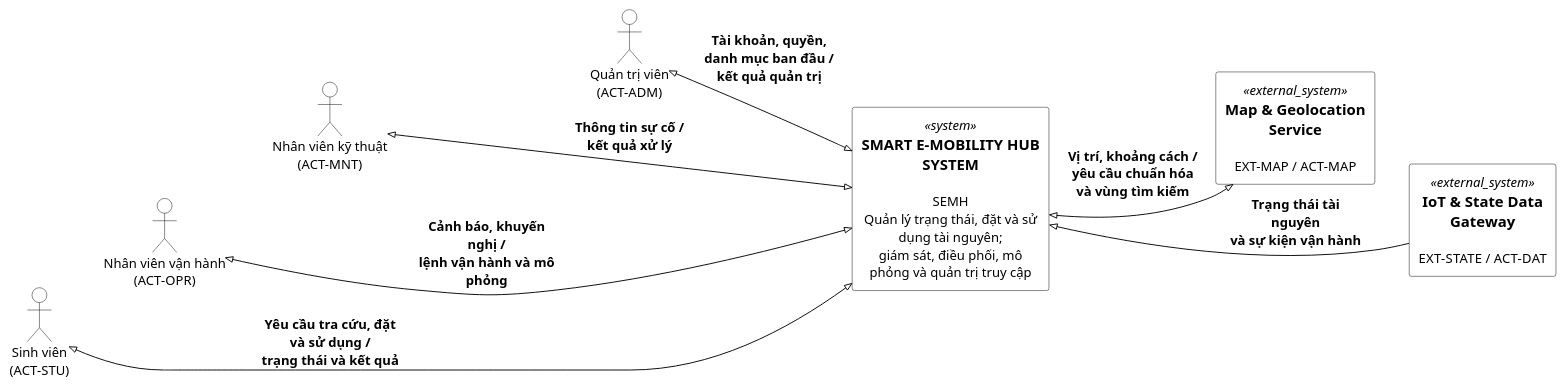
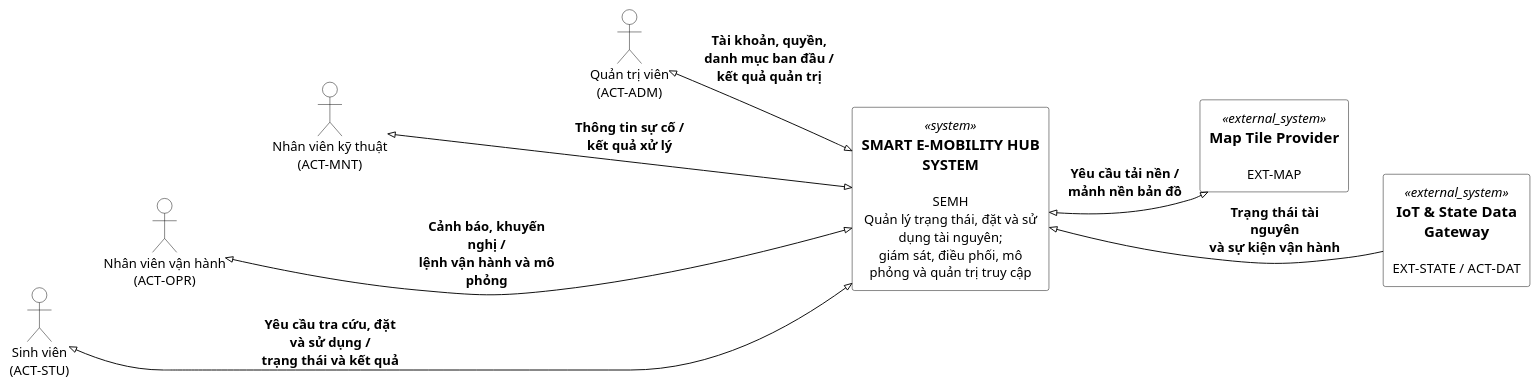
One commit to tranbaoanh21/software-engineering-assignment changed the diagram in docs/phase-2/diagrams/plantuml/system-context.puml. Above: the diagram before and after it, drawn with PlantUML. The commit also changed 224 other files, not shown here.

```diff
--- a/docs/phase-2/diagrams/plantuml/system-context.puml
+++ b/docs/phase-2/diagrams/plantuml/system-context.puml
@@ -1,56 +1,56 @@
 @startuml
 !pragma layout smetana
 !include <C4/C4_Context>
 
 LAYOUT_LANDSCAPE()
 
 skinparam backgroundColor white
 skinparam shadowing false
 skinparam defaultFontName Arial
 skinparam defaultFontSize 14
 skinparam linetype ortho
 skinparam actorStyle stickman
 
 skinparam actor {
   BackgroundColor white
   BorderColor black
   FontColor black
 }
 
 ' Giữ phong cách đen -- trắng thống nhất với báo cáo.
 UpdateElementStyle("person", $bgColor="white", $fontColor="black", $borderColor="black")
 UpdateElementStyle("system", $bgColor="white", $fontColor="black", $borderColor="black")
 UpdateElementStyle("external_system", $bgColor="white", $fontColor="black", $borderColor="black")
 UpdateRelStyle("relationship", $textColor="black", $lineColor="black")
 
 ' Cột trái: các actor con người.
 actor "Sinh viên\n(ACT-STU)" as ACT_STU
 actor "Nhân viên vận hành\n(ACT-OPR)" as ACT_OPR
 actor "Nhân viên kỹ thuật\n(ACT-MNT)" as ACT_MNT
 actor "Quản trị viên\n(ACT-ADM)" as ACT_ADM
 
 ' Trung tâm: toàn bộ hệ thống nằm trong phạm vi xây dựng.
 System(SEMH, "SMART E-MOBILITY HUB SYSTEM", "SEMH\nQuản lý trạng thái, đặt và sử dụng tài nguyên;\ngiám sát, điều phối, mô phỏng và quản trị truy cập")
 
 ' Cột phải: các hệ thống ngoài phạm vi.
-System_Ext(EXT_MAP, "Map & Geolocation Service", "EXT-MAP / ACT-MAP")
+System_Ext(EXT_MAP, "Map Tile Provider", "EXT-MAP")
 System_Ext(EXT_STATE, "IoT & State Data Gateway", "EXT-STATE / ACT-DAT")
 
 ' Khóa bố cục ba cột, ưu tiên khổ ngang.
 Lay_D(ACT_STU, ACT_OPR)
 Lay_D(ACT_OPR, ACT_MNT)
 Lay_D(ACT_MNT, ACT_ADM)
 Lay_R(ACT_OPR, SEMH)
 Lay_D(EXT_MAP, EXT_STATE)
 Lay_R(SEMH, EXT_MAP)
 
 ' Luồng trao đổi qua ranh giới hệ thống.
 BiRel_R(ACT_STU, SEMH, "Yêu cầu tra cứu, đặt và sử dụng /\ntrạng thái và kết quả")
 BiRel_R(ACT_OPR, SEMH, "Cảnh báo, khuyến nghị /\nlệnh vận hành và mô phỏng")
 BiRel_R(ACT_MNT, SEMH, "Thông tin sự cố /\nkết quả xử lý")
 BiRel_R(ACT_ADM, SEMH, "Tài khoản, quyền, danh mục ban đầu /\nkết quả quản trị")
 
-BiRel_R(SEMH, EXT_MAP, "Vị trí, khoảng cách /\nyêu cầu chuẩn hóa và vùng tìm kiếm")
+BiRel_R(SEMH, EXT_MAP, "Yêu cầu tải nền /\nmảnh nền bản đồ")
 Rel_L(EXT_STATE, SEMH, "Trạng thái tài nguyên\nvà sự kiện vận hành")
 
 @enduml
```
